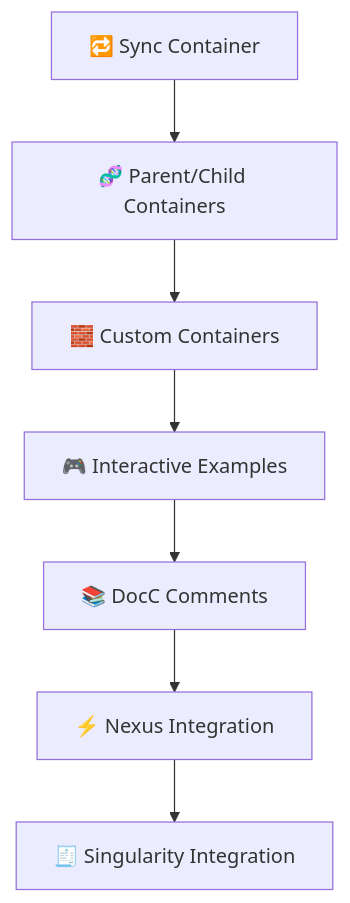
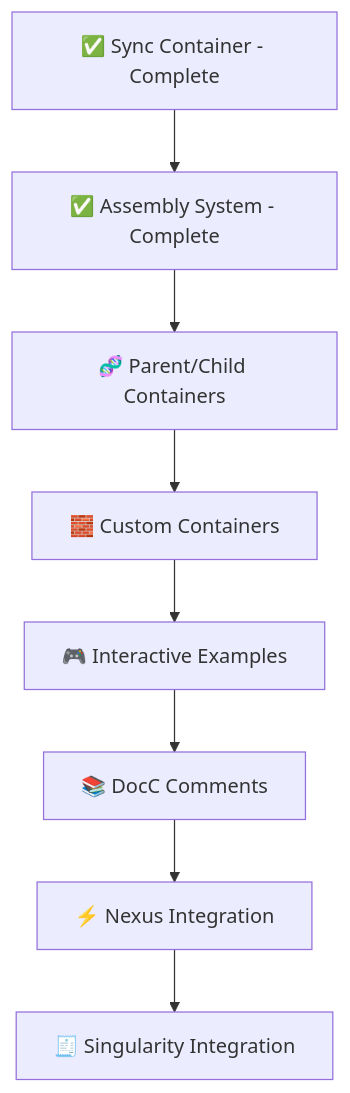
The diagram in README.md (astro-bytes/Astroject), drawn with Mermaid before and after one commit. The commit also changed other lines of this file, not shown here.

Commit message:
docs: enhance README with module organization and container usage examples

````diff
--- a/README.md
+++ b/README.md
@@ -679,12 +1157,13 @@
 ```mermaid
 graph TD
-    A[🔁 Sync Container]
-    B[🧬 Parent/Child Containers]
-    C[🧱 Custom Containers]
-    D[🎮 Interactive Examples]
-    E[📚 DocC Comments]
-    F[🧾 Singularity Integration]
+    A[✅ Sync Container - Complete]
+    B[✅ Assembly System - Complete]
+    C[🧬 Parent/Child Containers]
+    D[🧱 Custom Containers]
+    E[🎮 Interactive Examples]
+    F[📚 DocC Comments]
     G[⚡ Nexus Integration]
+    H[🧾 Singularity Integration]
 
-    A --> B --> C --> D --> E --> G --> F
+    A --> B --> C --> D --> E --> F --> G --> H
 ```
````
